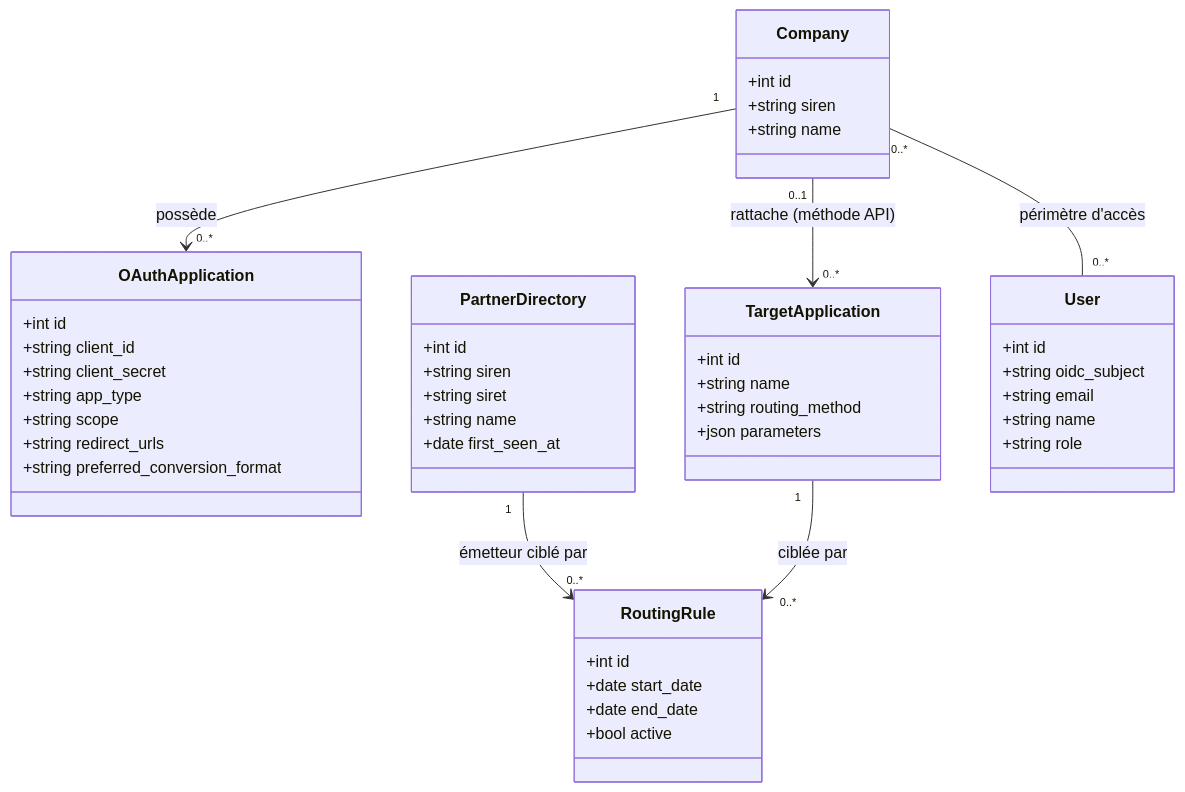
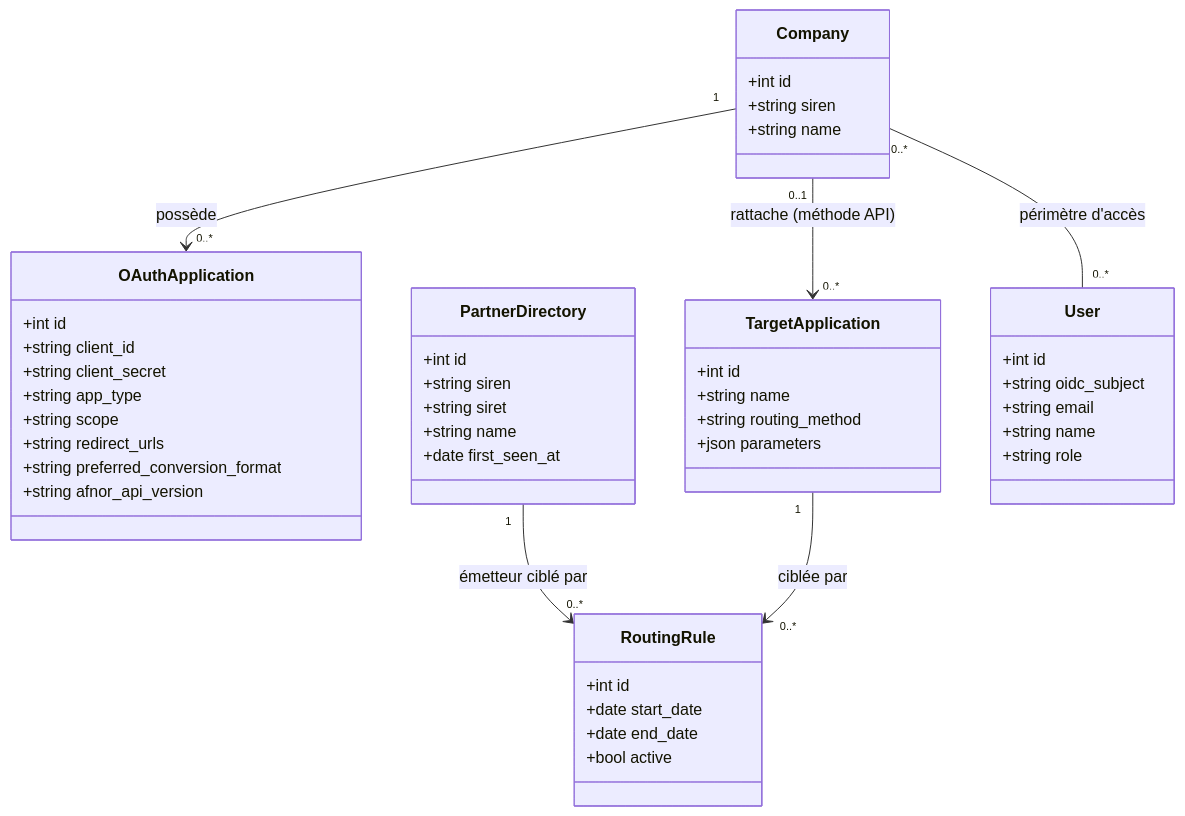
Before and after one commit to yuntux/einvoicing_router: the first of 5 diagrams in spec.md, drawn with Mermaid. The commit also changed other lines of this file, not shown here.

````diff
--- a/spec.md
+++ b/spec.md
@@ -229,50 +229,51 @@
 ```mermaid
 classDiagram
     class Company {
         +int id
         +string siren
         +string name
     }
     class OAuthApplication {
         +int id
         +string client_id
         +string client_secret
         +string app_type
         +string scope
         +string redirect_urls
         +string preferred_conversion_format
+        +string afnor_api_version
     }
     class PartnerDirectory {
         +int id
         +string siren
         +string siret
         +string name
         +date first_seen_at
     }
     class TargetApplication {
         +int id
         +string name
         +string routing_method
         +json parameters
     }
     class RoutingRule {
         +int id
         +date start_date
         +date end_date
         +bool active
     }
     class User {
         +int id
         +string oidc_subject
         +string email
         +string name
         +string role
     }
 
     Company "1" --> "0..*" OAuthApplication : possède
     Company "0..1" --> "0..*" TargetApplication : rattache (méthode API)
     Company "0..*" -- "0..*" User : périmètre d'accès
 
     PartnerDirectory "1" --> "0..*" RoutingRule : émetteur ciblé par
     TargetApplication "1" --> "0..*" RoutingRule : ciblée par
 ```
````
